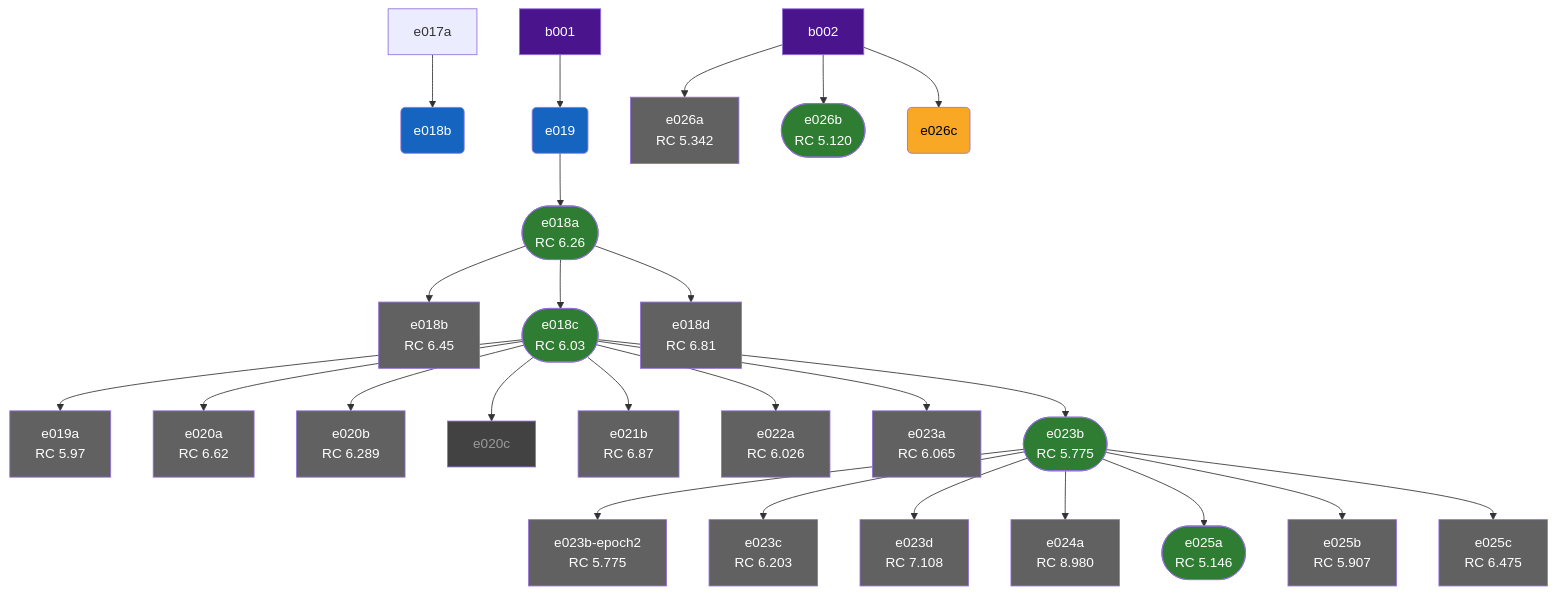
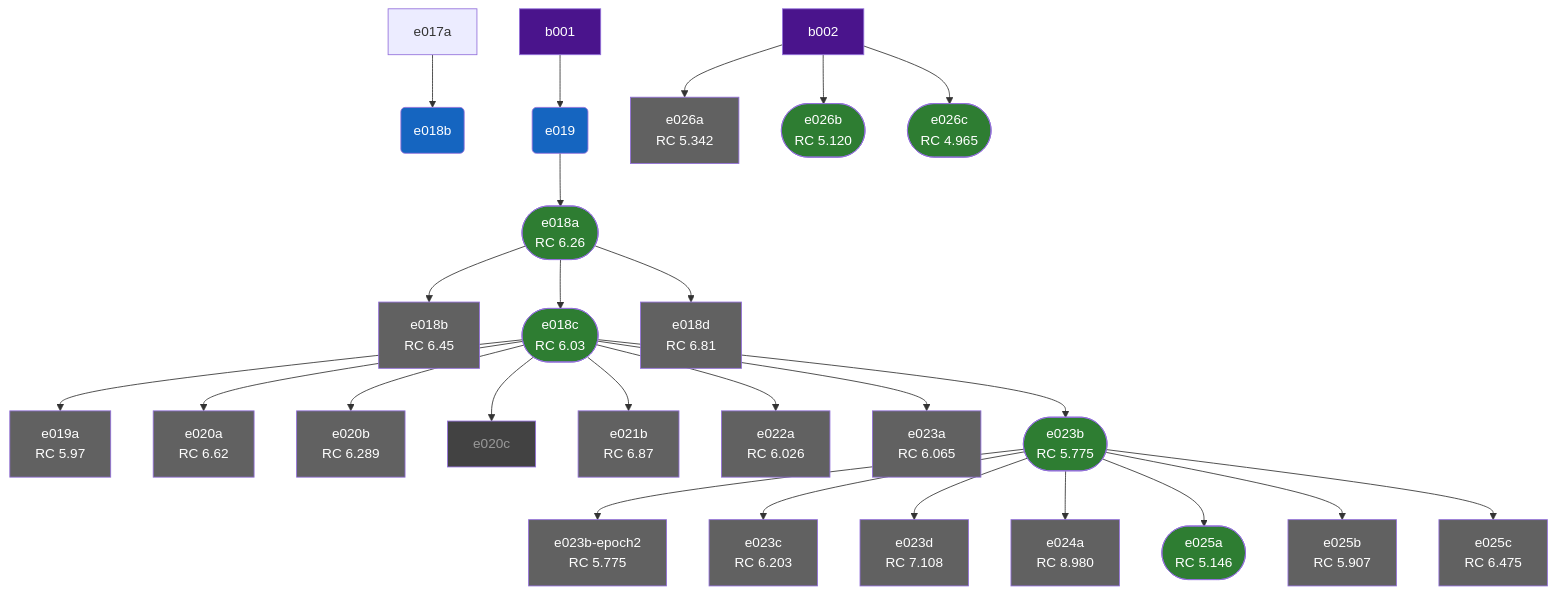
The diagram in docs/experiments/index.md (ScavieFae/autonomous-world-model), drawn with Mermaid before and after one commit. The commit also changed other lines of this file and 8 other files, not shown here.

````diff
--- a/docs/experiments/index.md
+++ b/docs/experiments/index.md
@@ -11,79 +11,79 @@
 ```mermaid
 flowchart TD
     b001["b001"]
     b002["b002"]
     e018a_self_forcing(["e018a\nRC 6.26"])
     e018b_rollout_coherence_eval("e018b")
     e018b_self_forcing_n5["e018b\nRC 6.45"]
     e018c_rolling_context_window(["e018c\nRC 6.03"])
     e018d_horizon_weighted_loss["e018d\nRC 6.81"]
     e019_baseline("e019")
     e019a_context_k50["e019a\nRC 5.97"]
     e020a_sf_ratio_10["e020a\nRC 6.62"]
     e020b_sf_ratio_30["e020b\nRC 6.289"]
     e020c_sf_n4["e020c"]
     e021b_selective_bptt["e021b\nRC 6.87"]
     e022a_bs256["e022a\nRC 6.026"]
     e023a_dmodel192["e023a\nRC 6.065"]
     e023b_dmodel768(["e023b\nRC 5.775"])
     e023b_epoch2["e023b-epoch2\nRC 5.775"]
     e023c_dmodel512["e023c\nRC 6.203"]
     e023d_nlayers8["e023d\nRC 7.108"]
     e024a_full_bptt["e024a\nRC 8.980"]
     e025a_lr_warmup(["e025a\nRC 5.146"])
     e025b_loss_reweight["e025b\nRC 5.907"]
     e025c_layer_dropout["e025c\nRC 6.475"]
     e026a_muon["e026a\nRC 5.342"]
     e026b_unimix(["e026b\nRC 5.120"])
-    e026c_sf_curriculum("e026c")
+    e026c_sf_curriculum(["e026c\nRC 4.965"])
     e019_baseline --> e018a_self_forcing
     e017a --> e018b_rollout_coherence_eval
     e018a_self_forcing --> e018b_self_forcing_n5
     e018a_self_forcing --> e018c_rolling_context_window
     e018a_self_forcing --> e018d_horizon_weighted_loss
     b001 --> e019_baseline
     e018c_rolling_context_window --> e019a_context_k50
     e018c_rolling_context_window --> e020a_sf_ratio_10
     e018c_rolling_context_window --> e020b_sf_ratio_30
     e018c_rolling_context_window --> e020c_sf_n4
     e018c_rolling_context_window --> e021b_selective_bptt
     e018c_rolling_context_window --> e022a_bs256
     e018c_rolling_context_window --> e023a_dmodel192
     e018c_rolling_context_window --> e023b_dmodel768
     e023b_dmodel768 --> e023b_epoch2
     e023b_dmodel768 --> e023c_dmodel512
     e023b_dmodel768 --> e023d_nlayers8
     e023b_dmodel768 --> e024a_full_bptt
     e023b_dmodel768 --> e025a_lr_warmup
     e023b_dmodel768 --> e025b_loss_reweight
     e023b_dmodel768 --> e025c_layer_dropout
     b002 --> e026a_muon
     b002 --> e026b_unimix
     b002 --> e026c_sf_curriculum
     style e018a_self_forcing fill:#2e7d32,color:#fff
     style e018b_rollout_coherence_eval fill:#1565c0,color:#fff
     style e018b_self_forcing_n5 fill:#616161,color:#fff
     style e018c_rolling_context_window fill:#2e7d32,color:#fff
     style e018d_horizon_weighted_loss fill:#616161,color:#fff
     style e019_baseline fill:#1565c0,color:#fff
     style e019a_context_k50 fill:#616161,color:#fff
     style e020a_sf_ratio_10 fill:#616161,color:#fff
     style e020b_sf_ratio_30 fill:#616161,color:#fff
     style e020c_sf_n4 fill:#424242,color:#999
     style e021b_selective_bptt fill:#616161,color:#fff
     style e022a_bs256 fill:#616161,color:#fff
     style e023a_dmodel192 fill:#616161,color:#fff
     style e023b_dmodel768 fill:#2e7d32,color:#fff
     style e023b_epoch2 fill:#616161,color:#fff
     style e023c_dmodel512 fill:#616161,color:#fff
     style e023d_nlayers8 fill:#616161,color:#fff
     style e024a_full_bptt fill:#616161,color:#fff
     style e025a_lr_warmup fill:#2e7d32,color:#fff
     style e025b_loss_reweight fill:#616161,color:#fff
     style e025c_layer_dropout fill:#616161,color:#fff
     style e026a_muon fill:#616161,color:#fff
     style e026b_unimix fill:#2e7d32,color:#fff
-    style e026c_sf_curriculum fill:#f9a825,color:#000
+    style e026c_sf_curriculum fill:#2e7d32,color:#fff
     style b001 fill:#4a148c,color:#fff
     style b002 fill:#4a148c,color:#fff
 ```
````
